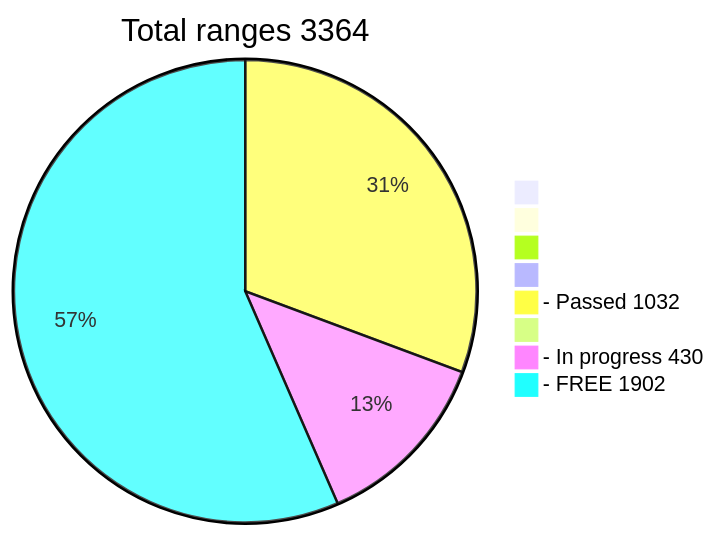
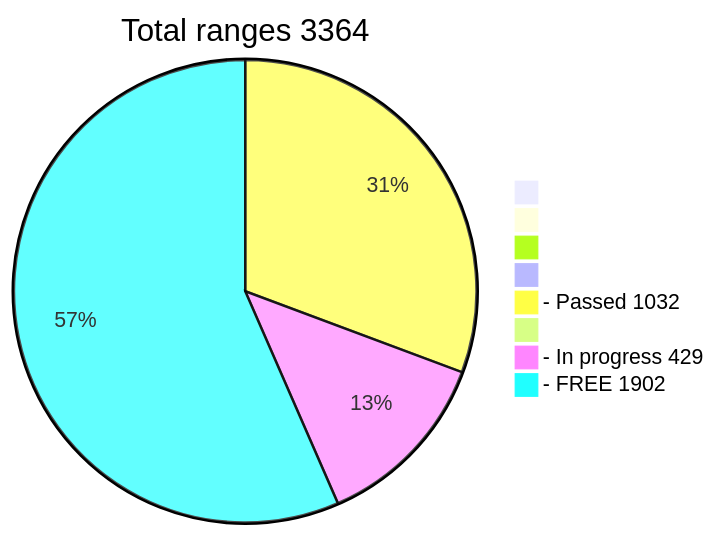
Before and after one commit to phrutis/wif500: the diagram in README.md, drawn with Mermaid.

````diff
--- a/README.md
+++ b/README.md
@@ -16,12 +16,12 @@
 ```mermaid
 pie title Total ranges 3364
              " " : 0
             "  " : 0
            "   " : 0
           "    " : 0
   "- Passed 1032" : 1032
          "     " : 0
-  "- In progress 430" : 430
+  "- In progress 429" : 429
    "- FREE 1902" : 1902
    
 ```
````
